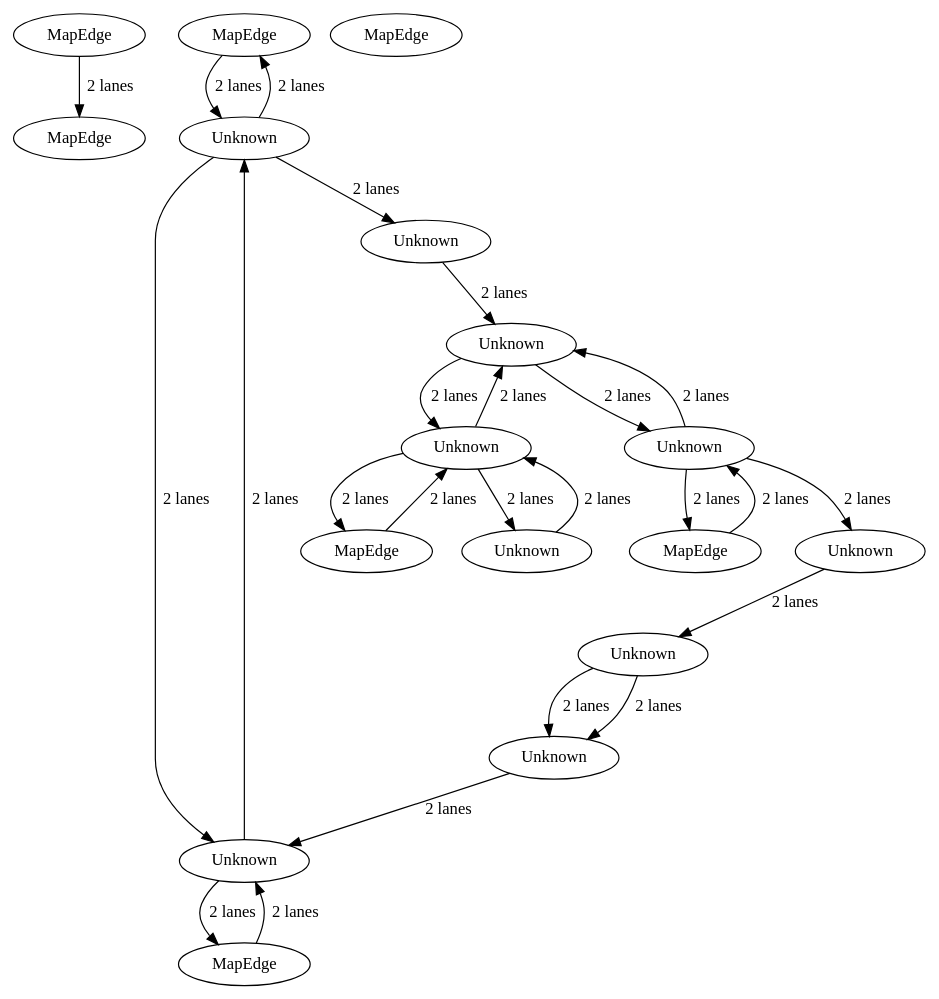
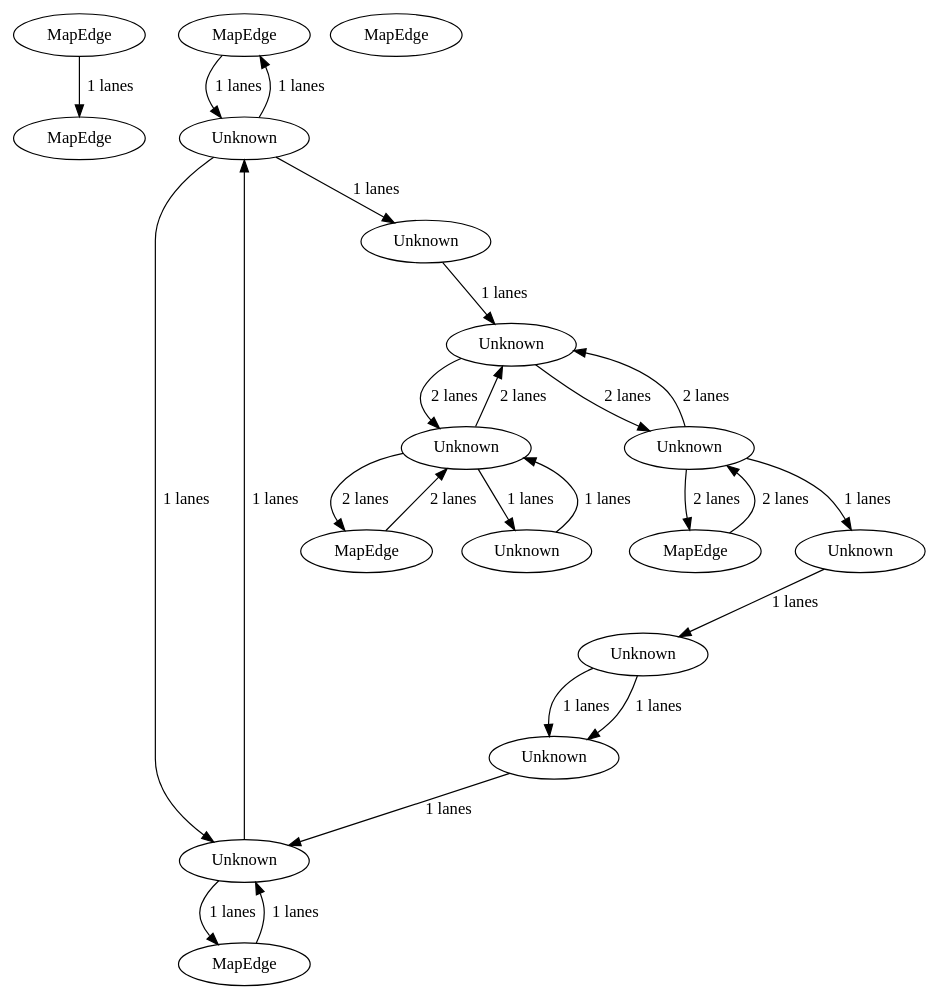
One commit to a-b-street/osm2streets changed the diagram in src/service_road_loop/road_network.dot. Above: the diagram before and after it, drawn with Graphviz. The commit also changed 13 other files, not shown here.

```diff
--- a/src/service_road_loop/road_network.dot
+++ b/src/service_road_loop/road_network.dot
@@ -1,43 +1,43 @@
 digraph {
     0 [ label = "MapEdge" ]
     1 [ label = "MapEdge" ]
     2 [ label = "MapEdge" ]
     3 [ label = "MapEdge" ]
     4 [ label = "Unknown" ]
     5 [ label = "Unknown" ]
     6 [ label = "MapEdge" ]
     7 [ label = "Unknown" ]
     8 [ label = "Unknown" ]
     9 [ label = "MapEdge" ]
     10 [ label = "Unknown" ]
     11 [ label = "Unknown" ]
     12 [ label = "Unknown" ]
     13 [ label = "Unknown" ]
     14 [ label = "Unknown" ]
     15 [ label = "Unknown" ]
     16 [ label = "MapEdge" ]
     3 -> 15 [ label = "2 lanes" ]
     15 -> 3 [ label = "2 lanes" ]
     4 -> 2 [ label = "2 lanes" ]
     2 -> 4 [ label = "2 lanes" ]
     7 -> 4 [ label = "2 lanes" ]
     4 -> 7 [ label = "2 lanes" ]
     15 -> 7 [ label = "2 lanes" ]
     7 -> 15 [ label = "2 lanes" ]
-    5 -> 4 [ label = "2 lanes" ]
-    4 -> 5 [ label = "2 lanes" ]
-    6 -> 0 [ label = "2 lanes" ]
-    15 -> 14 [ label = "2 lanes" ]
-    8 -> 7 [ label = "2 lanes" ]
-    10 -> 13 [ label = "2 lanes" ]
-    13 -> 10 [ label = "2 lanes" ]
-    13 -> 8 [ label = "2 lanes" ]
-    1 -> 13 [ label = "2 lanes" ]
-    13 -> 1 [ label = "2 lanes" ]
-    10 -> 9 [ label = "2 lanes" ]
-    9 -> 10 [ label = "2 lanes" ]
-    12 -> 11 [ label = "2 lanes" ]
-    11 -> 10 [ label = "2 lanes" ]
-    12 -> 11 [ label = "2 lanes" ]
-    14 -> 12 [ label = "2 lanes" ]
+    5 -> 4 [ label = "1 lanes" ]
+    4 -> 5 [ label = "1 lanes" ]
+    6 -> 0 [ label = "1 lanes" ]
+    15 -> 14 [ label = "1 lanes" ]
+    8 -> 7 [ label = "1 lanes" ]
+    10 -> 13 [ label = "1 lanes" ]
+    13 -> 10 [ label = "1 lanes" ]
+    13 -> 8 [ label = "1 lanes" ]
+    1 -> 13 [ label = "1 lanes" ]
+    13 -> 1 [ label = "1 lanes" ]
+    10 -> 9 [ label = "1 lanes" ]
+    9 -> 10 [ label = "1 lanes" ]
+    12 -> 11 [ label = "1 lanes" ]
+    11 -> 10 [ label = "1 lanes" ]
+    12 -> 11 [ label = "1 lanes" ]
+    14 -> 12 [ label = "1 lanes" ]
 }
```
